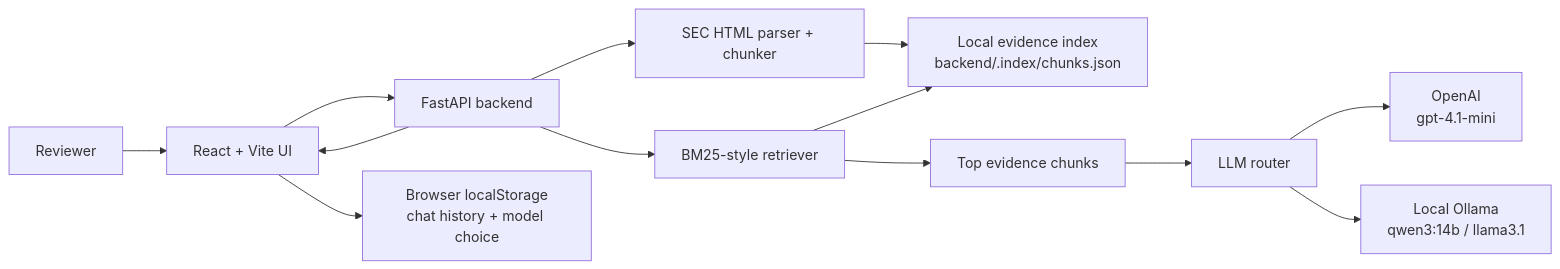
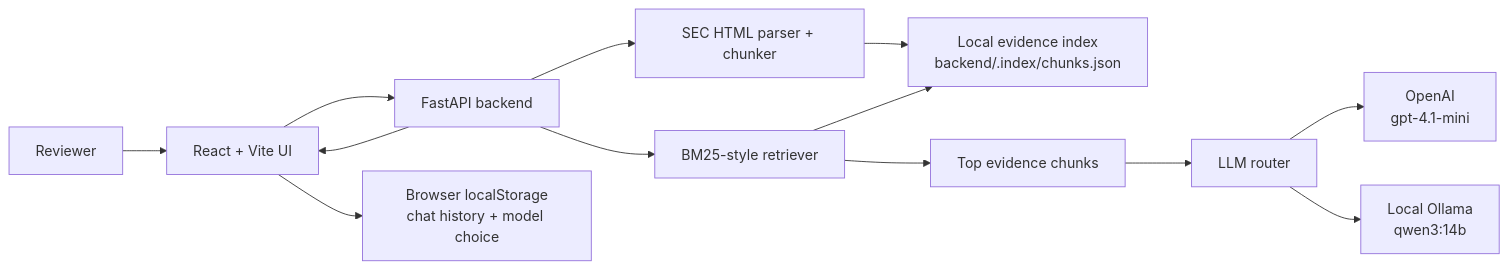
Before and after one commit to vrize-poc-demo/evidence-alpha: the first of 6 diagrams in docs/ARCHITECTURE.md, drawn with Mermaid. The commit also changed other lines of this file and 21 other files, not shown here.

Commit message:
Use Qwen as sole local model

````diff
--- a/docs/ARCHITECTURE.md
+++ b/docs/ARCHITECTURE.md
@@ -7,15 +7,15 @@
 ```mermaid
 flowchart LR
     Reviewer["Reviewer"] --> UI["React + Vite UI"]
     UI --> API["FastAPI backend"]
     API --> Indexer["SEC HTML parser + chunker"]
     Indexer --> LocalIndex["Local evidence index<br/>backend/.index/chunks.json"]
     API --> Retriever["BM25-style retriever"]
     Retriever --> LocalIndex
     Retriever --> Evidence["Top evidence chunks"]
     Evidence --> LLMRouter["LLM router"]
     LLMRouter --> OpenAI["OpenAI<br/>gpt-4.1-mini"]
-    LLMRouter --> Ollama["Local Ollama<br/>qwen3:14b / llama3.1"]
+    LLMRouter --> Ollama["Local Ollama<br/>qwen3:14b"]
     API --> UI
     UI --> BrowserStore["Browser localStorage<br/>chat history + model choice"]
 ```
````
